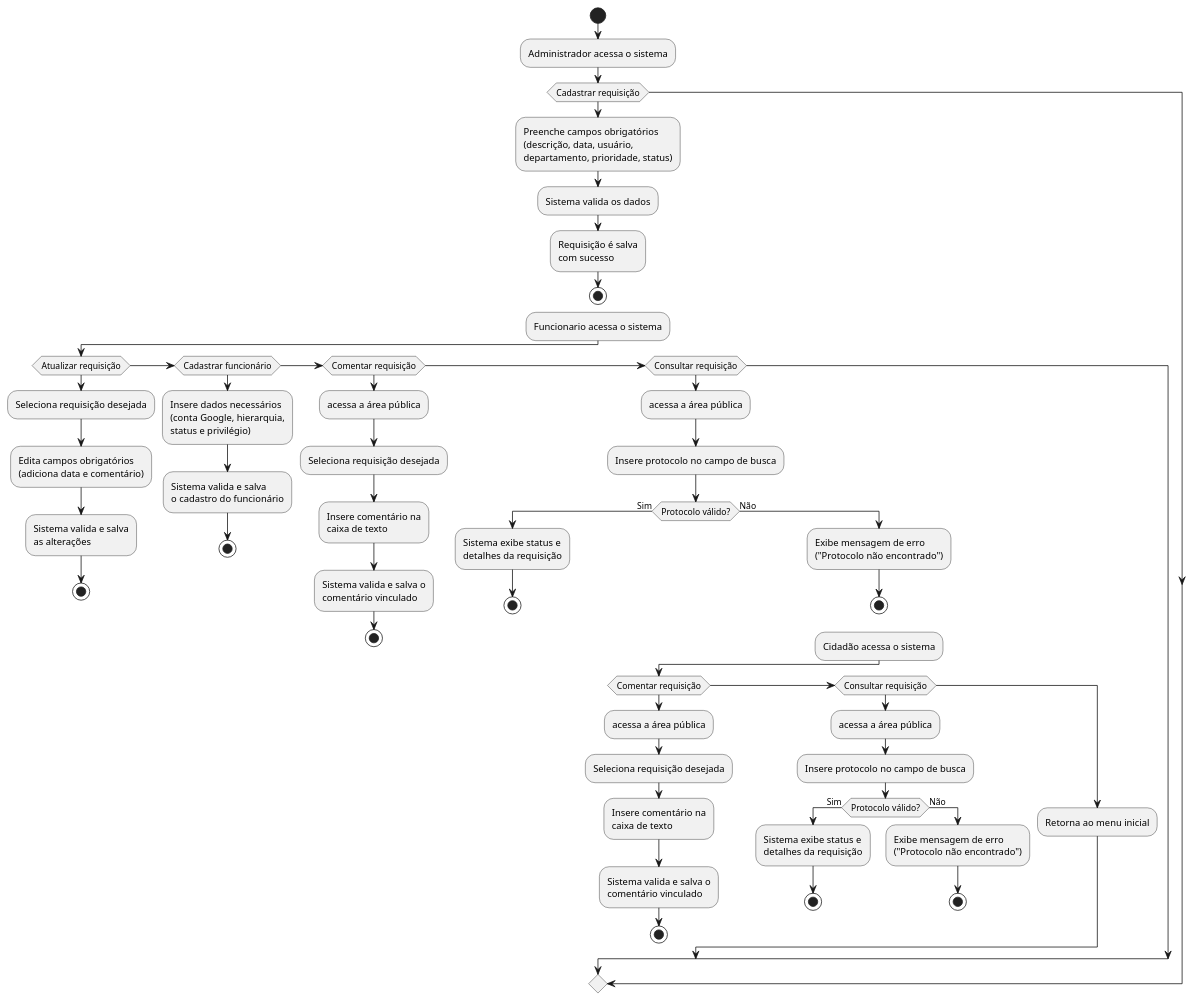
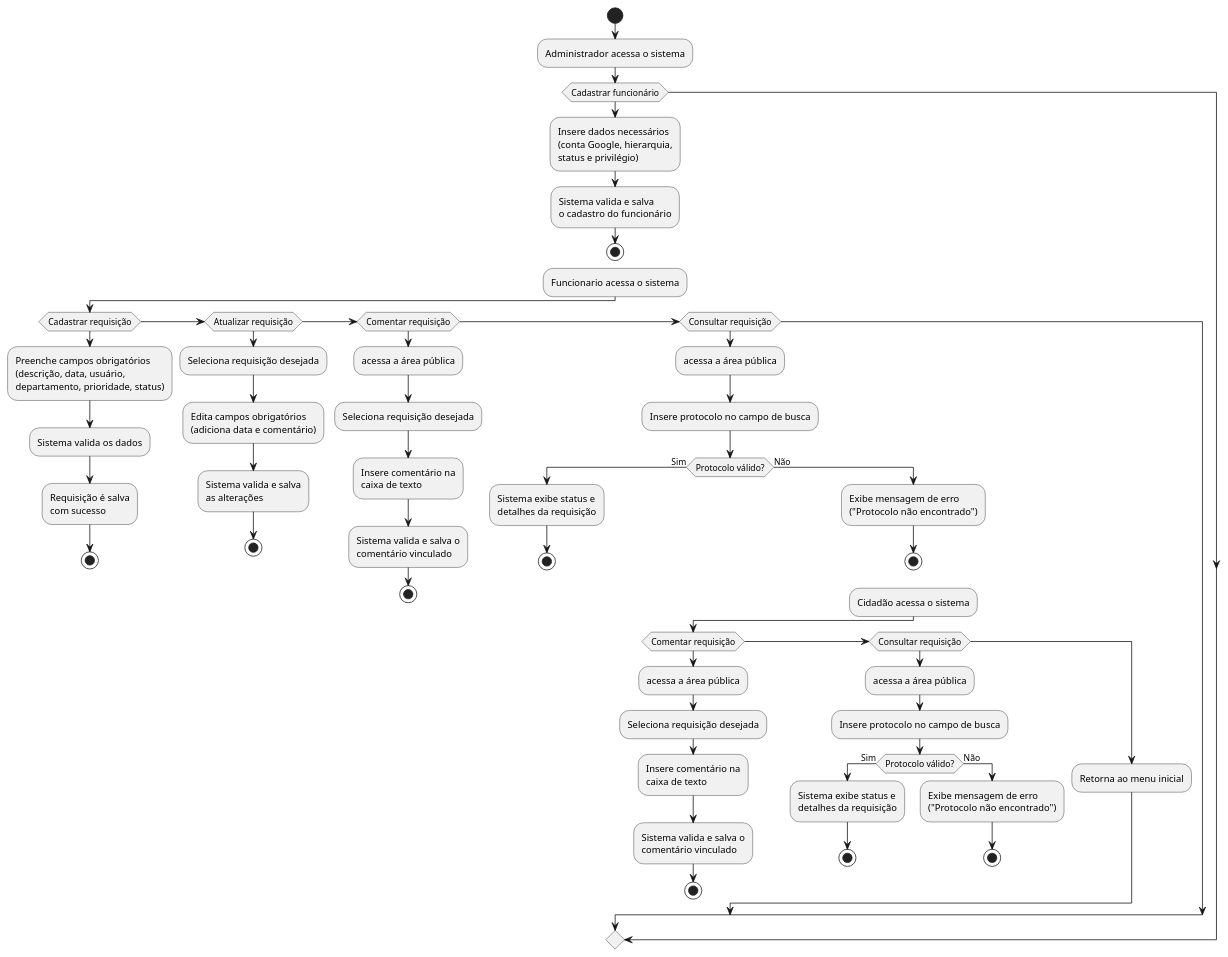
Before and after one commit to Francielefernandes06/documentacao-projeto-coorporativo-2024.2: the diagram in diagramas/Diagrama-Fluxo-Eventos.puml, drawn with PlantUML.

Commit message:
update fluxo evento

```diff
--- a/diagramas/Diagrama-Fluxo-Eventos.puml
+++ b/diagramas/Diagrama-Fluxo-Eventos.puml
@@ -1,54 +1,56 @@
 @startuml
 start
 :Administrador acessa o sistema;
+if (Cadastrar funcionário)
+    :Insere dados necessários\n(conta Google, hierarquia,\nstatus e privilégio);
+    :Sistema valida e salva\no cadastro do funcionário;
+    stop
+
+:Funcionario acessa o sistema;
+
 if (Cadastrar requisição)
     :Preenche campos obrigatórios\n(descrição, data, usuário,\ndepartamento, prioridade, status);
     :Sistema valida os dados;
     :Requisição é salva\ncom sucesso;
     stop
-:Funcionario acessa o sistema;
-if (Atualizar requisição)
+else if (Atualizar requisição)
     :Seleciona requisição desejada;
     :Edita campos obrigatórios\n(adiciona data e comentário);
     :Sistema valida e salva\nas alterações;
-    stop
-else if (Cadastrar funcionário)
-    :Insere dados necessários\n(conta Google, hierarquia,\nstatus e privilégio);
-    :Sistema valida e salva\no cadastro do funcionário;
     stop
 else if (Comentar requisição)
     :acessa a área pública;
     :Seleciona requisição desejada;
     :Insere comentário na\ncaixa de texto;
     :Sistema valida e salva o\ncomentário vinculado;
     stop
 else if (Consultar requisição)
     :acessa a área pública;
     :Insere protocolo no campo de busca;
     if (Protocolo válido?) then (Sim)
         :Sistema exibe status e\ndetalhes da requisição;
         stop
     else (Não)
         :Exibe mensagem de erro\n("Protocolo não encontrado");
         stop
 :Cidadão acessa o sistema;
 if (Comentar requisição)
     :acessa a área pública;
     :Seleciona requisição desejada;
     :Insere comentário na\ncaixa de texto;
     :Sistema valida e salva o\ncomentário vinculado;
     stop
 else if (Consultar requisição)
     :acessa a área pública;
     :Insere protocolo no campo de busca;
     if (Protocolo válido?) then (Sim)
         :Sistema exibe status e\ndetalhes da requisição;
         stop
     else (Não)
         :Exibe mensagem de erro\n("Protocolo não encontrado");
         stop
     endif
 else
     :Retorna ao menu inicial;
 endif
 @enduml
```
